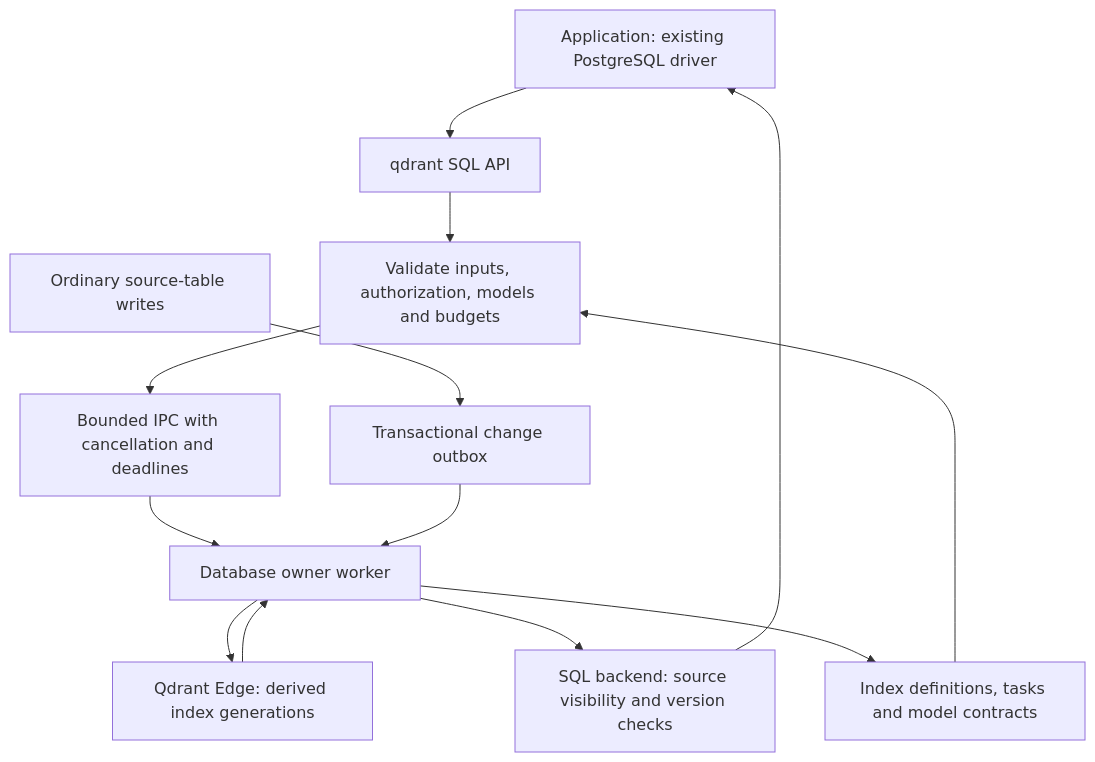
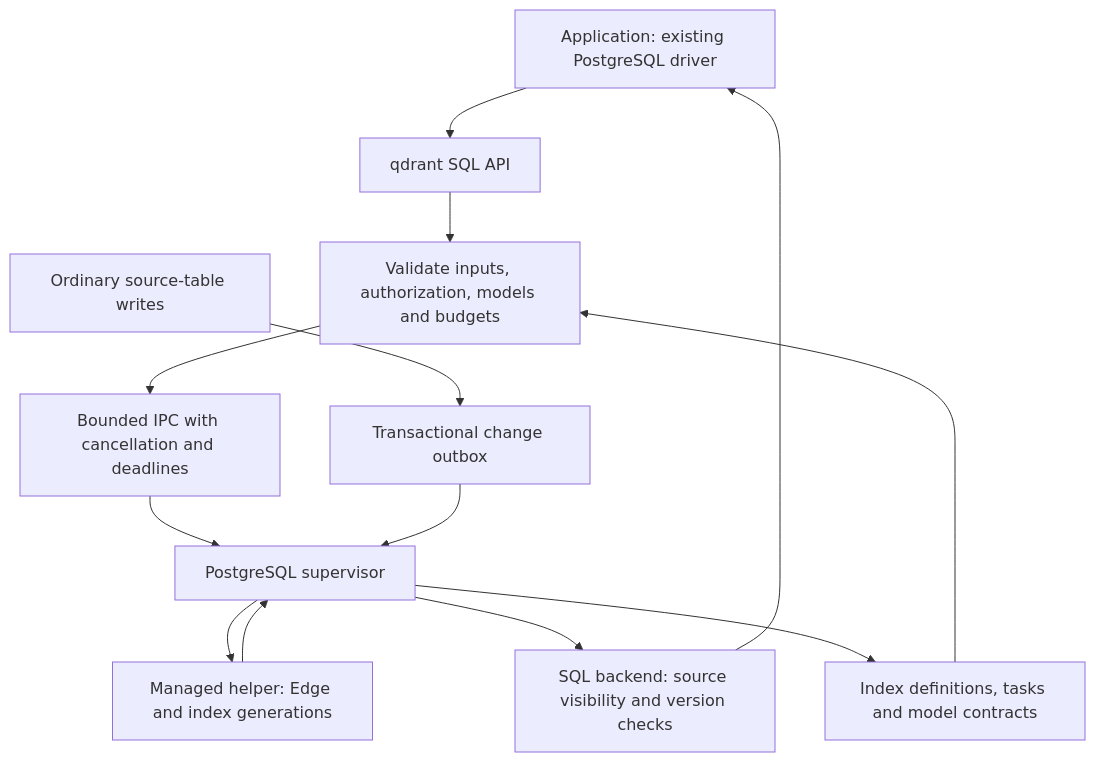
One commit to JamesbbBriz/pg_qdrant changed the diagram in README.md. Above: the diagram before and after it, drawn with Mermaid. The commit also changed other lines of this file and 34 other files, not shown here.

Commit message:
Add managed-helper isolation and bounded storage fault probes

````diff
--- a/README.md
+++ b/README.md
@@ -177,15 +187,15 @@
 ```mermaid
 flowchart TD
     A[Application: existing PostgreSQL driver] --> B[qdrant SQL API]
     B --> C[Validate inputs, authorization, models and budgets]
     C --> D[Bounded IPC with cancellation and deadlines]
-    D --> E[Database owner worker]
-    E --> F[Qdrant Edge: derived index generations]
+    D --> E[PostgreSQL supervisor]
+    E --> F[Managed helper: Edge and index generations]
     F --> E
     E --> G[SQL backend: source visibility and version checks]
     G --> A
     H[Ordinary source-table writes] --> I[Transactional change outbox]
     I --> E
     J[Index definitions, tasks and model contracts] --> C
     E --> J
 ```
````
